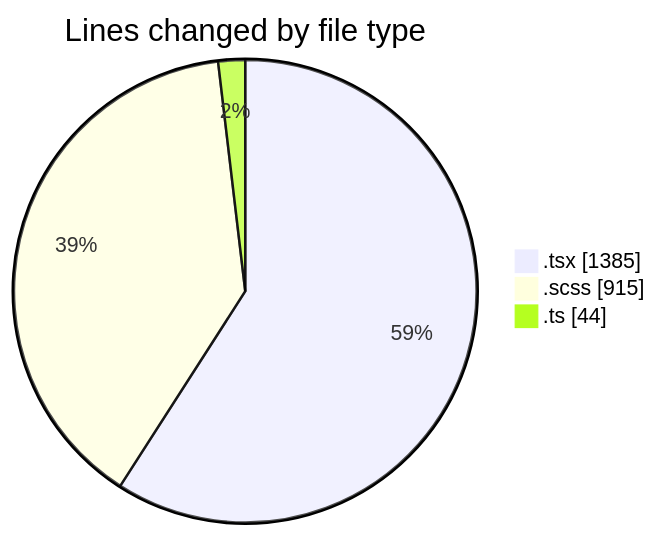
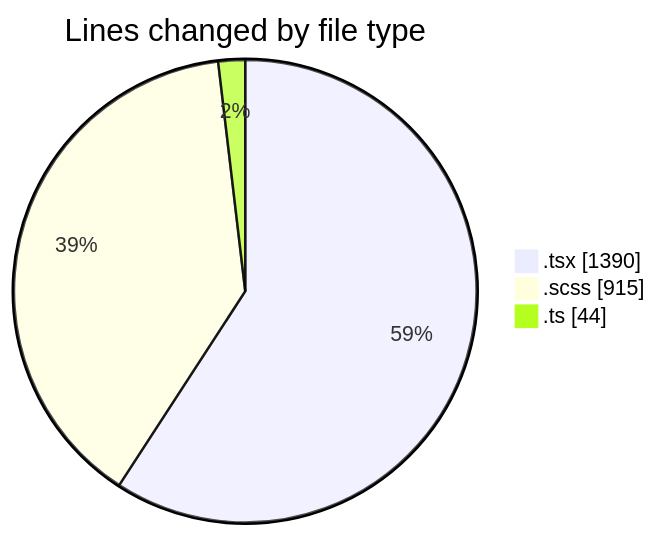
The first of 2 diagrams in 2025-03-27/cda/README.md (momahboobian/code-tracking), drawn with Mermaid before and after one commit. The commit also changed other lines of this file and 1 other file, not shown here.

````diff
--- a/2025-03-27/cda/README.md
+++ b/2025-03-27/cda/README.md
@@ -29,7 +29,7 @@
 ```mermaid
 pie showData
 title Lines changed by file type
-".tsx" : 1385
+".tsx" : 1390
 ".scss" : 915
 ".ts" : 44
 ```
````
